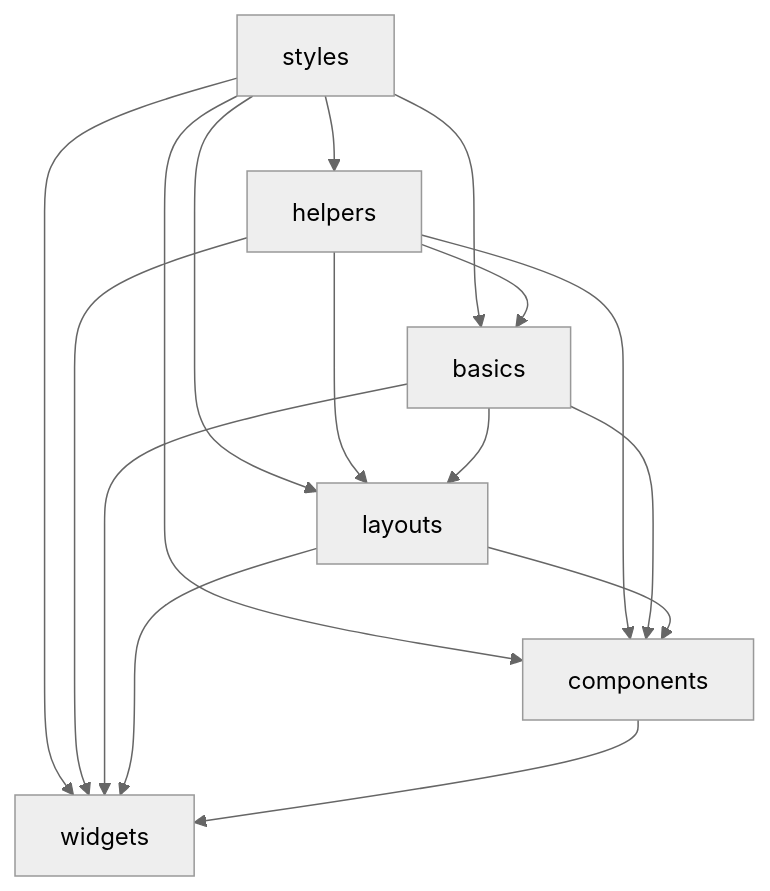
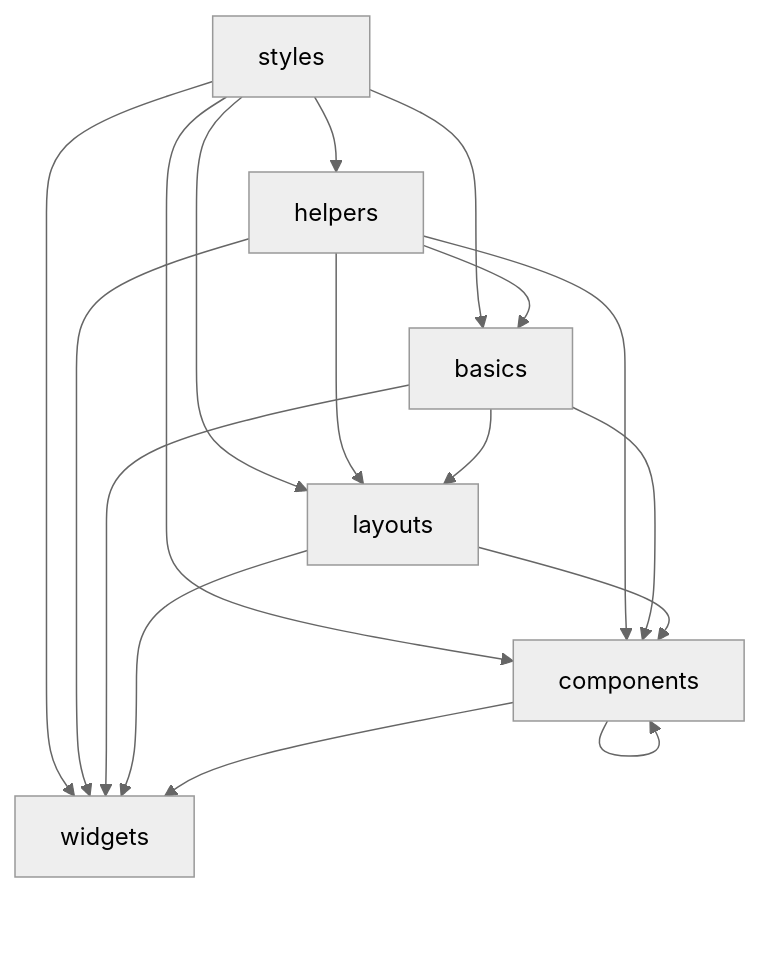
Before and after one commit to CyberWalrus/readme-best-practices: the diagram in README.md, drawn with Mermaid (neutral theme).

````diff
--- a/README.md
+++ b/README.md
@@ -24,18 +24,19 @@
 ```mermaid
 graph TD;
     styles-->helpers;
     styles-->basics;
     styles-->layouts;
     styles-->components;
     styles-->widgets;
     helpers-->basics;
     helpers-->layouts;
     helpers-->components;
     helpers-->widgets;
     basics-->layouts;
     basics-->components;
     basics-->widgets;
     layouts-->components;
     layouts-->widgets;
     components-->widgets;
+    components-->components;
 ```
````
